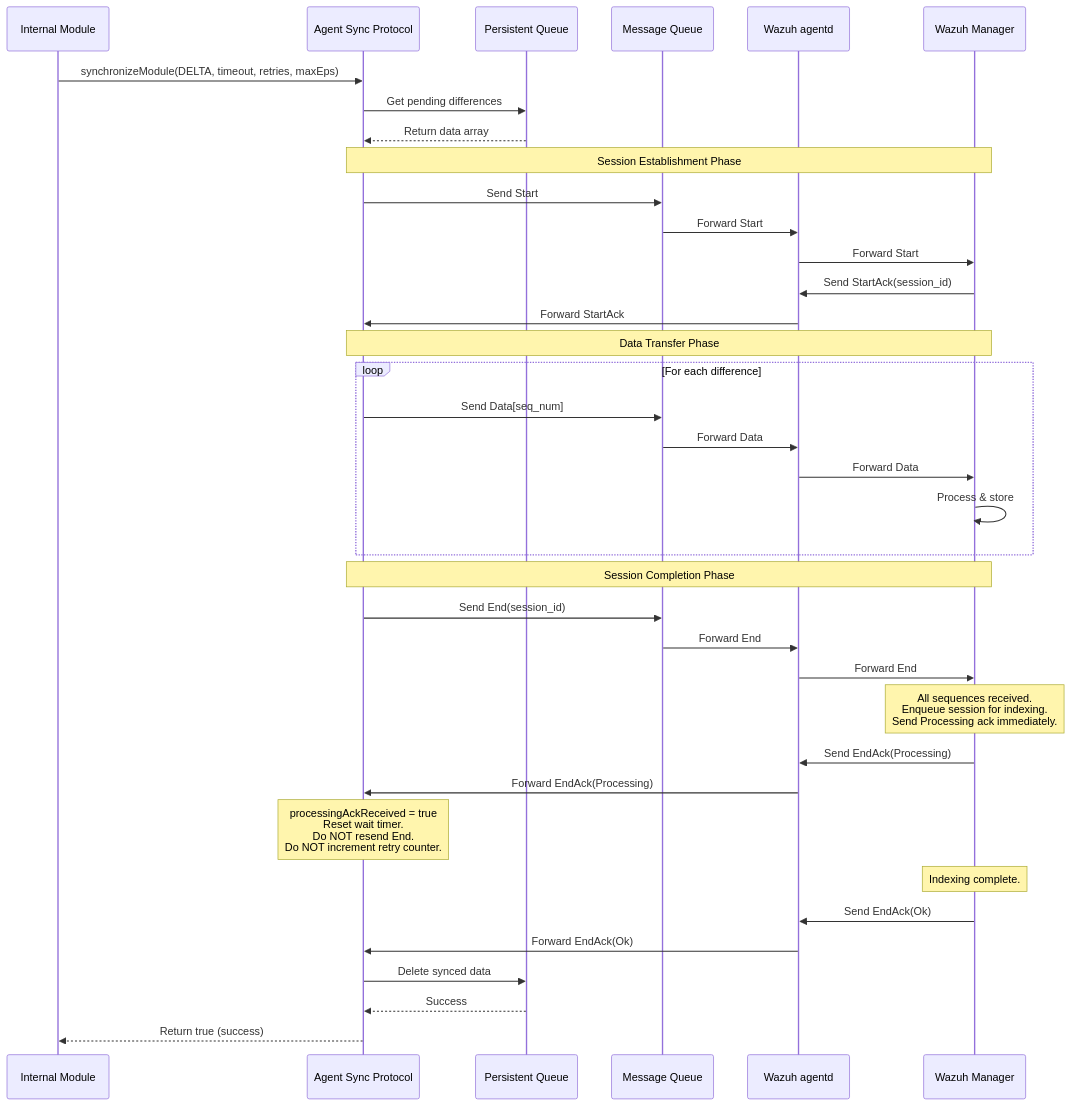
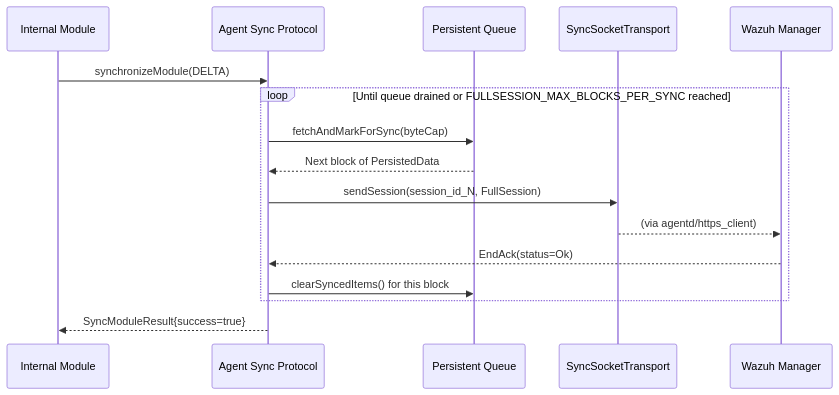
The fourth of 12 diagrams in docs/ref/modules/utils/sync-protocol/sequence-diagrams.md (wazuh/wazuh), drawn with Mermaid before and after one commit. The commit also changed other lines of this file and 9 other files, not shown here.

Commit message:
refactor(sync-protocol): fold FullSession's four payload vectors into one union

````diff
--- a/docs/ref/modules/utils/sync-protocol/sequence-diagrams.md
+++ b/docs/ref/modules/utils/sync-protocol/sequence-diagrams.md
@@ -97,47 +89,21 @@
 ```mermaid
 sequenceDiagram
     participant Module as Internal Module
     participant ASP as Agent Sync Protocol
     participant Queue as Persistent Queue
-    participant MQ as Message Queue
-    participant AD as Wazuh agentd
+    participant Transport as SyncSocketTransport
     participant Manager as Wazuh Manager
 
-    Module->>ASP: synchronizeModule(DELTA, timeout, retries, maxEps)
-    ASP->>Queue: Get pending differences
-    Queue-->>ASP: Return data array
+    Module->>ASP: synchronizeModule(DELTA)
 
-    Note over ASP,Manager: Session Establishment Phase
-    ASP->>MQ: Send Start
-    MQ->>AD: Forward Start
-    AD->>Manager: Forward Start
-    Manager->>AD: Send StartAck(session_id)
-    AD->>ASP: Forward StartAck
-
-    Note over ASP,Manager: Data Transfer Phase
-    loop For each difference
-        ASP->>MQ: Send Data[seq_num]
-        MQ->>AD: Forward Data
-        AD->>Manager: Forward Data
-        Manager->>Manager: Process & store
+    loop Until queue drained or FULLSESSION_MAX_BLOCKS_PER_SYNC reached
+        ASP->>Queue: fetchAndMarkForSync(byteCap)
+        Queue-->>ASP: Next block of PersistedData
+        ASP->>Transport: sendSession(session_id_N, FullSession)
+        Transport-->>Manager: (via agentd/https_client)
+        Manager-->>ASP: EndAck(status=Ok)
+        ASP->>Queue: clearSyncedItems() for this block
     end
 
-    Note over ASP,Manager: Session Completion Phase
-    ASP->>MQ: Send End(session_id)
-    MQ->>AD: Forward End
-    AD->>Manager: Forward End
-
-    Note over Manager: All sequences received.<br/>Enqueue session for indexing.<br/>Send Processing ack immediately.
-    Manager->>AD: Send EndAck(Processing)
-    AD->>ASP: Forward EndAck(Processing)
-
-    Note over ASP: processingAckReceived = true<br/>Reset wait timer.<br/>Do NOT resend End.<br/>Do NOT increment retry counter.
-
-    Note over Manager: Indexing complete.
-    Manager->>AD: Send EndAck(Ok)
-    AD->>ASP: Forward EndAck(Ok)
-
-    ASP->>Queue: Delete synced data
-    Queue-->>ASP: Success
-    ASP-->>Module: Return true (success)
+    ASP-->>Module: SyncModuleResult{success=true}
 ```
````
